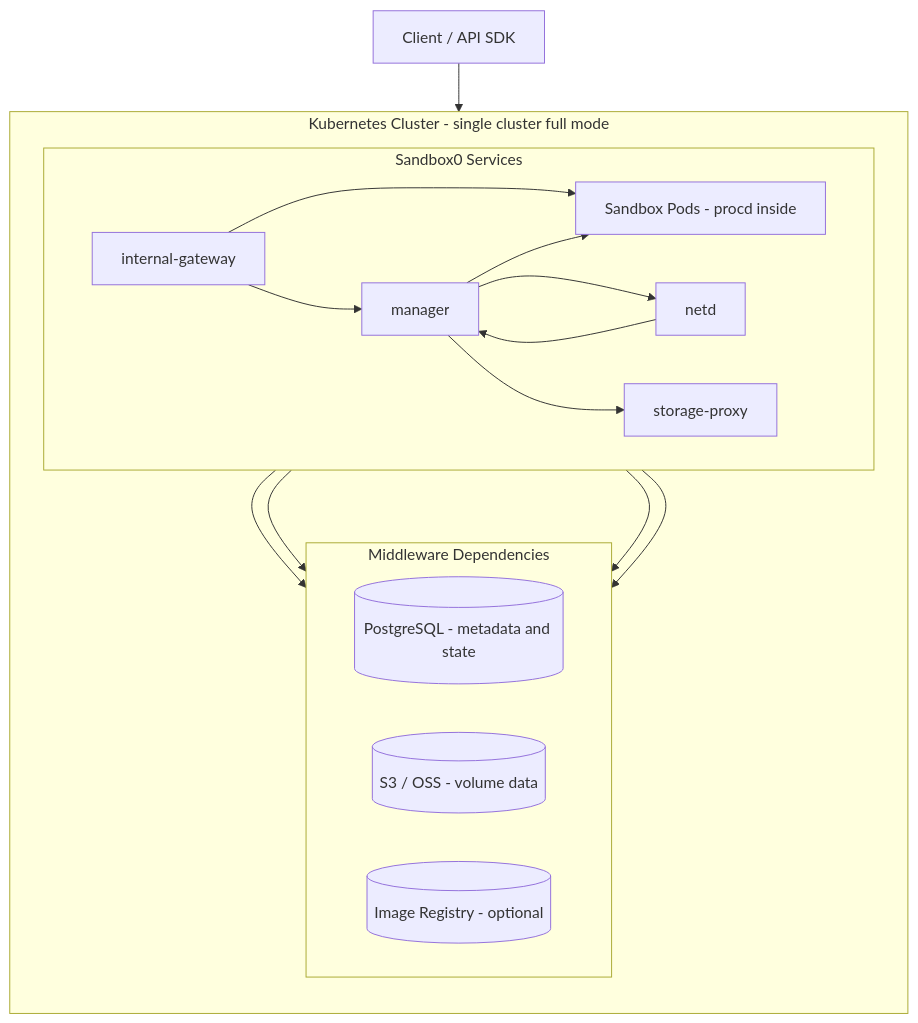
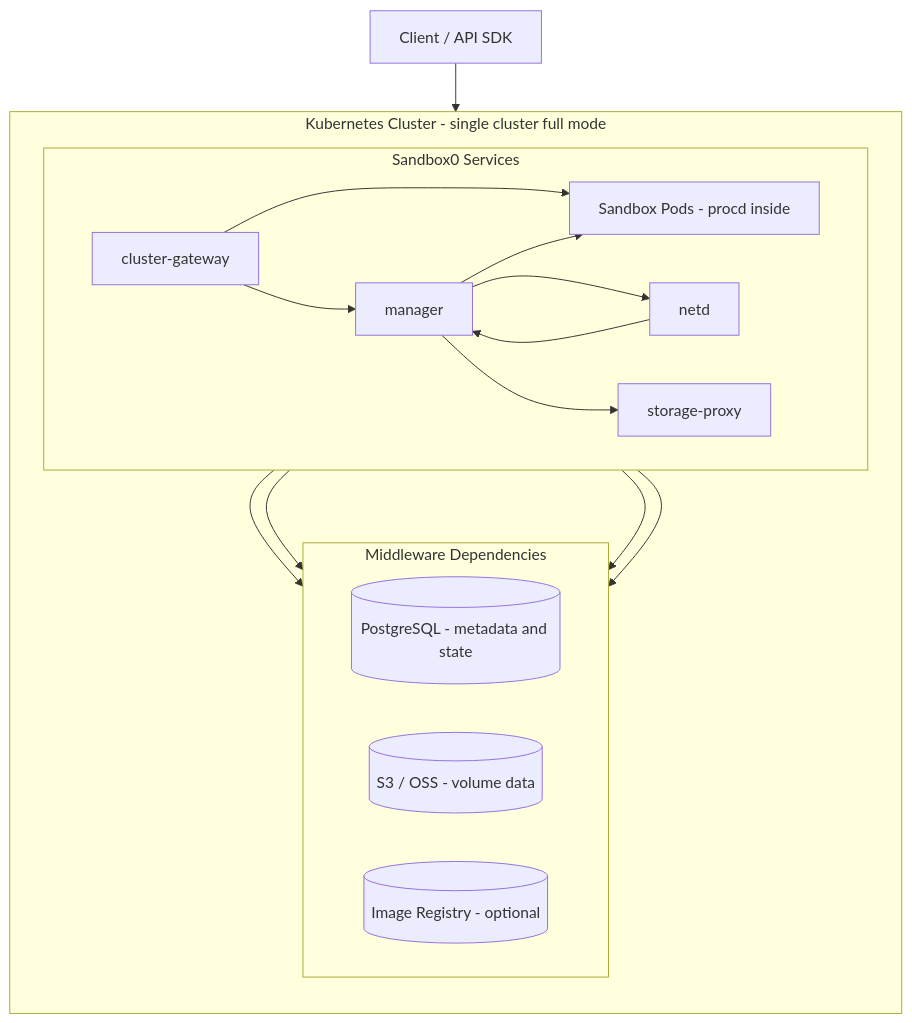
The diagram in skills/sandbox0/references/docs-src/self-hosted/page.mdx (sandbox0-ai/sandbox0), drawn with Mermaid before and after one commit. The commit also changed other lines of this file and 173 other files, not shown here.

First line of the commit message:
rename gateway components and update dashboard sdk (#82)

````diff
--- a/skills/sandbox0/references/docs-src/self-hosted/page.mdx
+++ b/skills/sandbox0/references/docs-src/self-hosted/page.mdx
@@ -30,30 +30,30 @@
 ```mermaid
 flowchart TD
-    client[Client / API SDK] --> igw[internal-gateway]
+    client[Client / API SDK] --> igw[cluster-gateway]
 
     subgraph cluster[Kubernetes Cluster - single cluster full mode]
         direction TB
 
         subgraph s0[Sandbox0 Services]
             direction LR
             igw --> mgr[manager]
             igw --> pods[Sandbox Pods - procd inside]
             mgr --> pods
             mgr --> netd[netd]
             netd --> mgr
             mgr --> sp[storage-proxy]
         end
 
         subgraph mw[Middleware Dependencies]
             direction LR
             pg[(PostgreSQL - metadata and state)]
             s3[(S3 / OSS - volume data)]
             reg[(Image Registry - optional)]
         end
 
         igw --> pg
         sp --> pg
         sp --> s3
         mgr --> reg
     end
 ```
````
